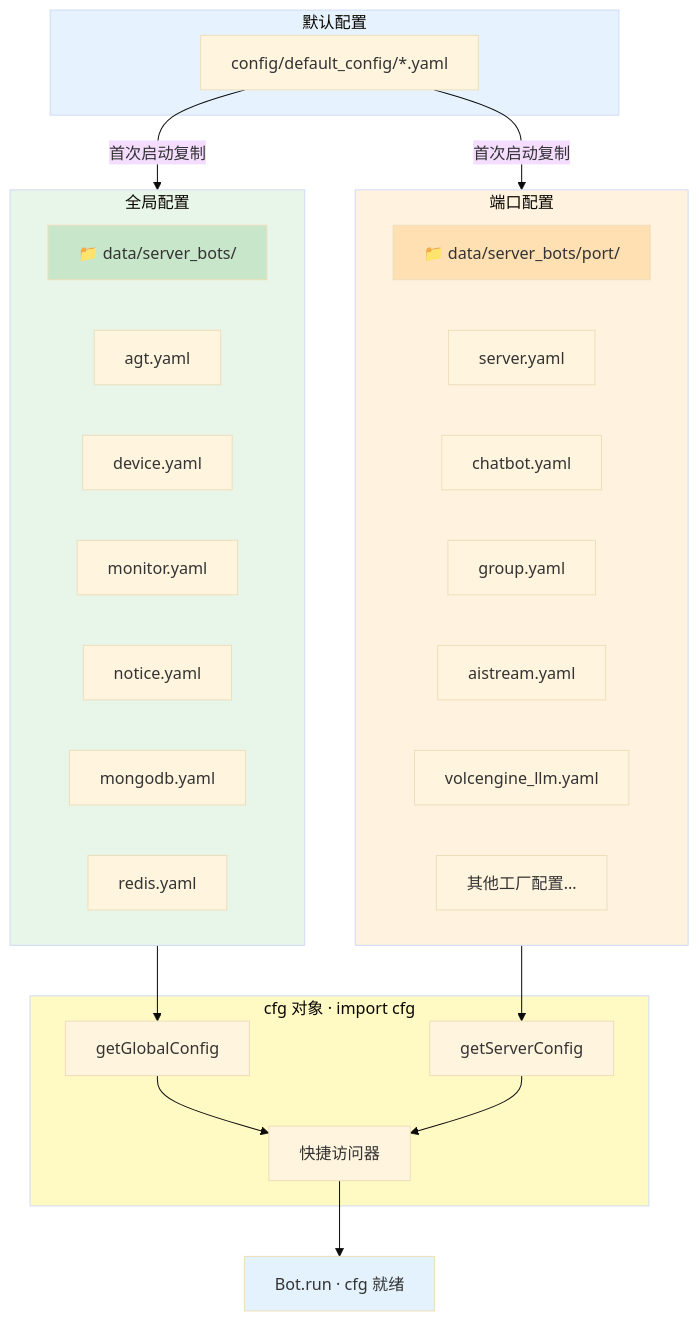
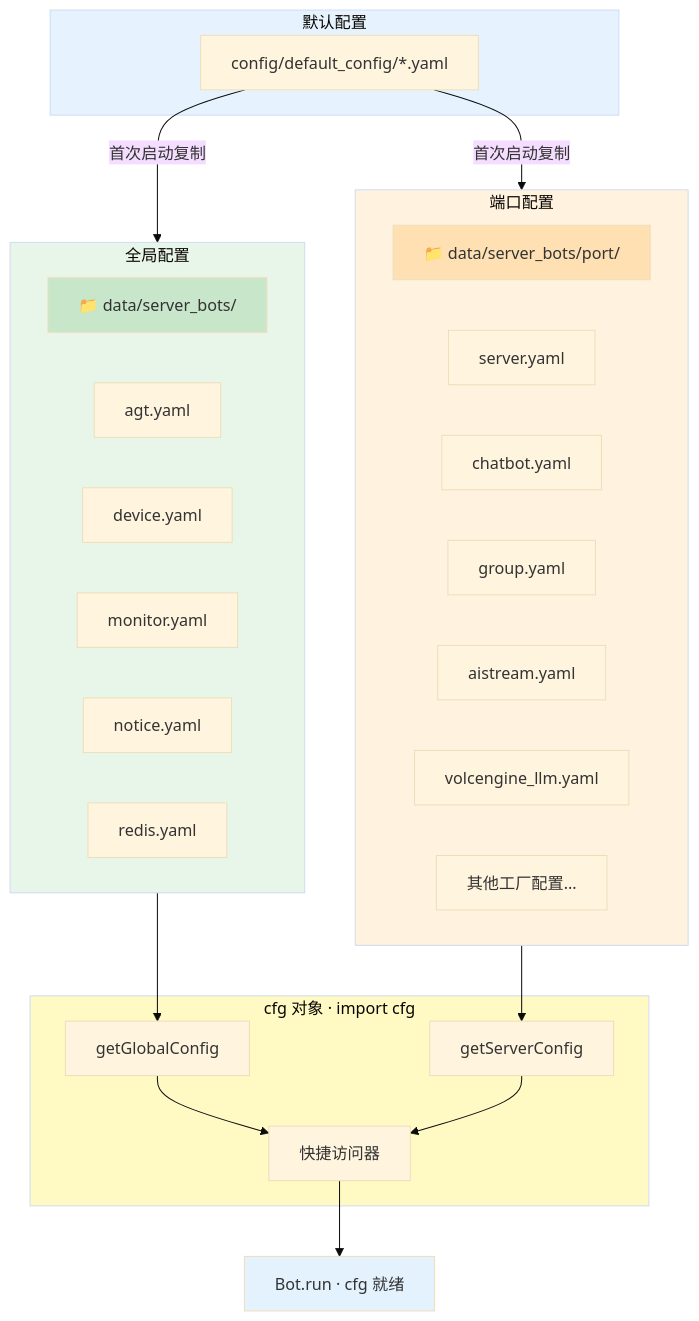
Before and after one commit to sunflowermm/XRK-AGT: the first of 8 diagrams in docs/app-dev.md, drawn with Mermaid (base theme). The commit also changed other lines of this file and 35 other files, not shown here.

````diff
--- a/docs/app-dev.md
+++ b/docs/app-dev.md
@@ -33,48 +33,47 @@
 ```mermaid
 flowchart TB
     subgraph Default["默认配置"]
         D1["config/default_config/*.yaml"]
     end
 
     subgraph Global["全局配置"]
         pathG["📁 data/server_bots/"]
         G1["agt.yaml"]
         G2["device.yaml"]
         G3["monitor.yaml"]
         G4["notice.yaml"]
-        G5["mongodb.yaml"]
-        G6["redis.yaml"]
+        G5["redis.yaml"]
     end
 
     subgraph Server["端口配置"]
         pathS["📁 data/server_bots/port/"]
         S1["server.yaml"]
         S2["chatbot.yaml"]
         S3["group.yaml"]
         S4["aistream.yaml"]
         S5["volcengine_llm.yaml"]
         S6["其他工厂配置..."]
     end
 
     subgraph Cfg["cfg 对象 · import cfg"]
         C1["getGlobalConfig"]
         C2["getServerConfig"]
         C3["快捷访问器"]
     end
 
     D1 -->|首次启动复制| Global
     D1 -->|首次启动复制| Server
     Global --> C1
     Server --> C2
     C1 --> C3
     C2 --> C3
     C3 --> Bot["Bot.run · cfg 就绪"]
 
     style Default fill:#E6F3FF
     style Global fill:#E8F5E9
     style Server fill:#FFF3E0
     style Cfg fill:#FFF9C4
     style Bot fill:#E3F2FD
     style pathG fill:#C8E6C9
     style pathS fill:#FFE0B2
 ```
````
